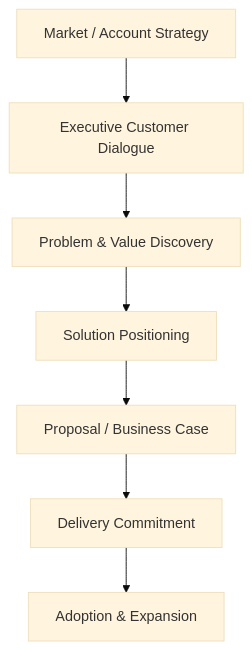
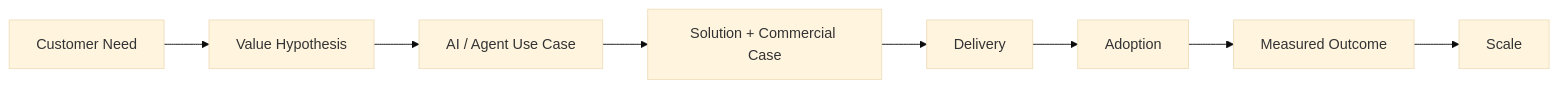
The third of 7 diagrams in README.md (psilva-git/enterprise-ai-delivery), drawn with Mermaid (base theme) before and after one commit. The commit also changed other lines of this file, not shown here.

Commit message:
Elevate portfolio with executive AI and country-build narrative

````diff
--- a/README.md
+++ b/README.md
@@ -82,9 +112,10 @@
 ```mermaid
-flowchart TB
-    A[Market / Account Strategy] --> B[Executive Customer Dialogue]
-    B --> C[Problem & Value Discovery]
-    C --> D[Solution Positioning]
-    D --> E[Proposal / Business Case]
-    E --> F[Delivery Commitment]
-    F --> G[Adoption & Expansion]
+flowchart LR
+    NEED[Customer Need] --> HYP[Value Hypothesis]
+    HYP --> USE[AI / Agent Use Case]
+    USE --> CASE[Solution + Commercial Case]
+    CASE --> BUILD[Delivery]
+    BUILD --> ADOPT[Adoption]
+    ADOPT --> KPI[Measured Outcome]
+    KPI --> SCALE[Scale]
 ```
````
